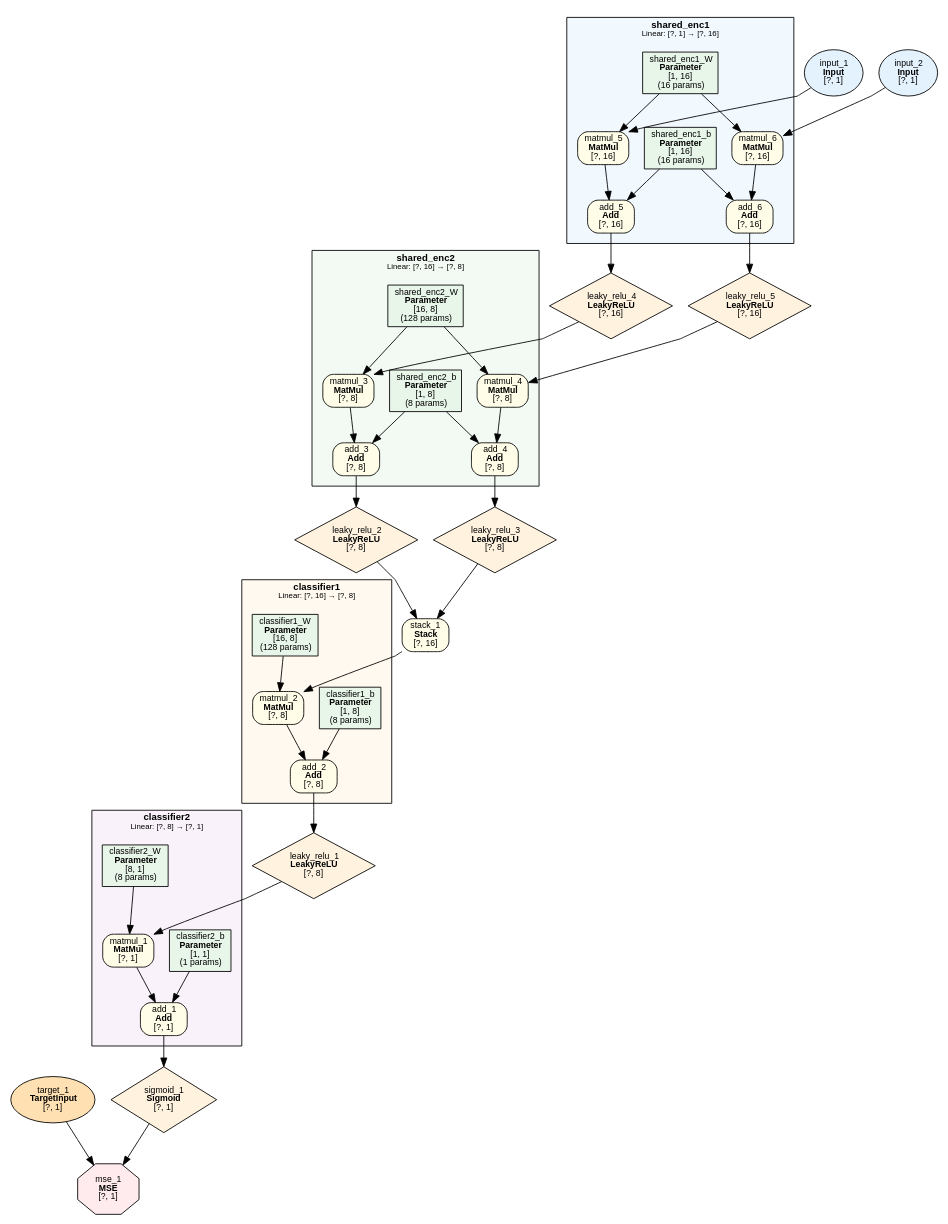
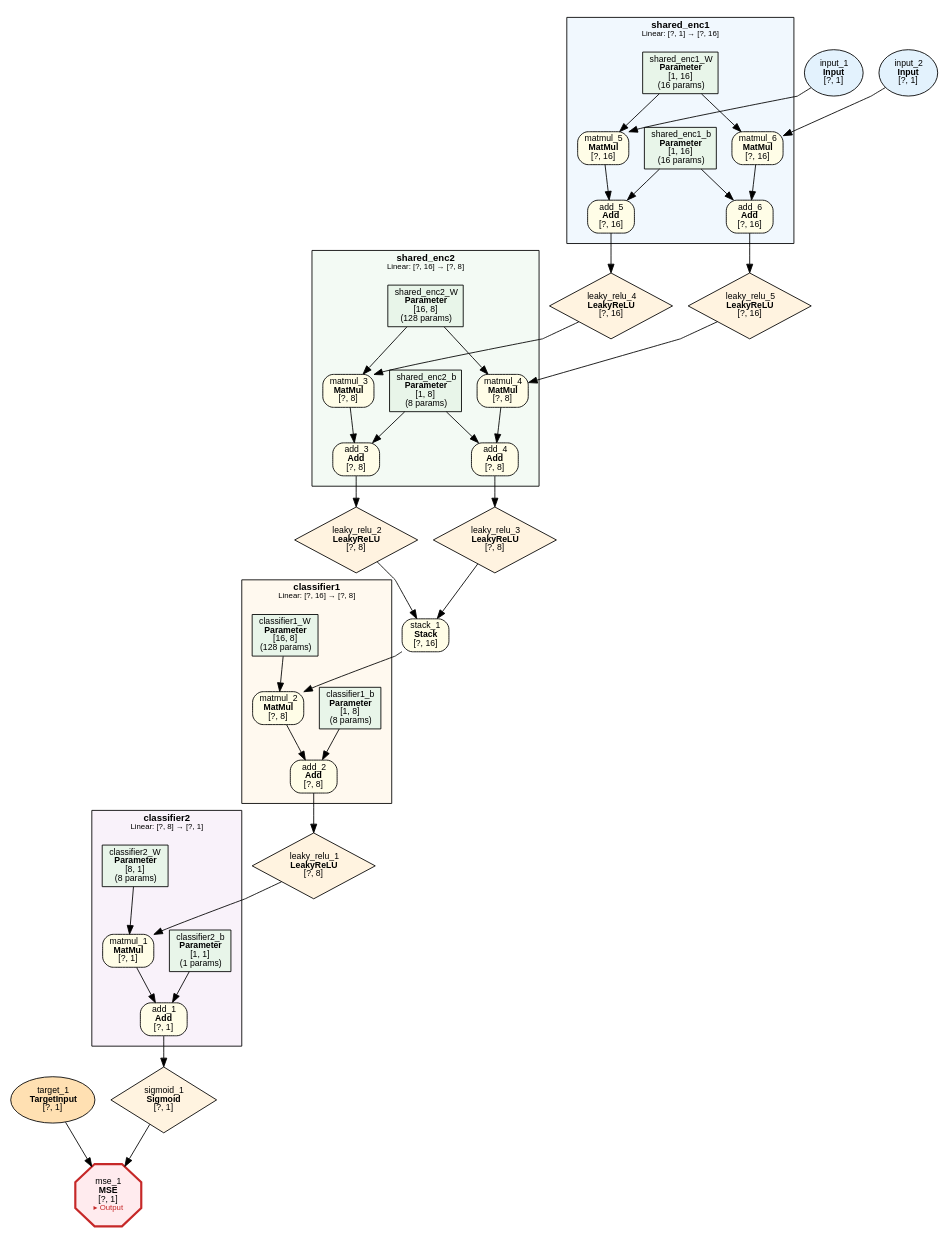
The diagram in examples/siamese_similarity/siamese_similarity.dot (dbsxdbsx/only_torch), drawn with Graphviz before and after one commit. The commit also changed 26 other files, not shown here.

```diff
--- a/examples/siamese_similarity/siamese_similarity.dot
+++ b/examples/siamese_similarity/siamese_similarity.dot
@@ -1,110 +1,110 @@
 digraph ComputeGraph {
     rankdir=TB;
     newrank=true;
     splines=polyline;
     node [fontname="Microsoft YaHei,SimHei,Arial"];
     edge [fontname="Microsoft YaHei,SimHei,Arial"];
 
     subgraph cluster_shared_enc1 {
         label=<<B>shared_enc1</B><BR/><FONT POINT-SIZE="9">Linear: [?, 1] → [?, 16]</FONT>>;
         style=filled;
         fillcolor="#E3F2FD80";
         fontname="Microsoft YaHei,SimHei,Arial";
         fontsize=11;
         margin=12;
             "24" [label=<add_5<BR/><B>Add</B><BR/>[?, 16]> shape=box style="filled,rounded" fillcolor="#FFFDE7" fontsize=10];
             "25" [label=<add_6<BR/><B>Add</B><BR/>[?, 16]> shape=box style="filled,rounded" fillcolor="#FFFDE7" fontsize=10];
             "26" [label=<matmul_5<BR/><B>MatMul</B><BR/>[?, 16]> shape=box style="filled,rounded" fillcolor="#FFFDE7" fontsize=10];
             "27" [label=<shared_enc1_b<BR/><B>Parameter</B><BR/>[1, 16]<BR/>(16 params)> shape=box style=filled fillcolor="#E8F5E9" fontsize=10];
             "28" [label=<matmul_6<BR/><B>MatMul</B><BR/>[?, 16]> shape=box style="filled,rounded" fillcolor="#FFFDE7" fontsize=10];
             "30" [label=<shared_enc1_W<BR/><B>Parameter</B><BR/>[1, 16]<BR/>(16 params)> shape=box style=filled fillcolor="#E8F5E9" fontsize=10];
     }
 
     subgraph cluster_shared_enc2 {
         label=<<B>shared_enc2</B><BR/><FONT POINT-SIZE="9">Linear: [?, 16] → [?, 8]</FONT>>;
         style=filled;
         fillcolor="#E8F5E980";
         fontname="Microsoft YaHei,SimHei,Arial";
         fontsize=11;
         margin=12;
             "16" [label=<add_3<BR/><B>Add</B><BR/>[?, 8]> shape=box style="filled,rounded" fillcolor="#FFFDE7" fontsize=10];
             "17" [label=<add_4<BR/><B>Add</B><BR/>[?, 8]> shape=box style="filled,rounded" fillcolor="#FFFDE7" fontsize=10];
             "18" [label=<matmul_3<BR/><B>MatMul</B><BR/>[?, 8]> shape=box style="filled,rounded" fillcolor="#FFFDE7" fontsize=10];
             "19" [label=<shared_enc2_b<BR/><B>Parameter</B><BR/>[1, 8]<BR/>(8 params)> shape=box style=filled fillcolor="#E8F5E9" fontsize=10];
             "20" [label=<matmul_4<BR/><B>MatMul</B><BR/>[?, 8]> shape=box style="filled,rounded" fillcolor="#FFFDE7" fontsize=10];
             "22" [label=<shared_enc2_W<BR/><B>Parameter</B><BR/>[16, 8]<BR/>(128 params)> shape=box style=filled fillcolor="#E8F5E9" fontsize=10];
     }
 
     subgraph cluster_classifier1 {
         label=<<B>classifier1</B><BR/><FONT POINT-SIZE="9">Linear: [?, 16] → [?, 8]</FONT>>;
         style=filled;
         fillcolor="#FFF3E080";
         fontname="Microsoft YaHei,SimHei,Arial";
         fontsize=11;
         margin=12;
             "9" [label=<add_2<BR/><B>Add</B><BR/>[?, 8]> shape=box style="filled,rounded" fillcolor="#FFFDE7" fontsize=10];
             "10" [label=<matmul_2<BR/><B>MatMul</B><BR/>[?, 8]> shape=box style="filled,rounded" fillcolor="#FFFDE7" fontsize=10];
             "11" [label=<classifier1_b<BR/><B>Parameter</B><BR/>[1, 8]<BR/>(8 params)> shape=box style=filled fillcolor="#E8F5E9" fontsize=10];
             "13" [label=<classifier1_W<BR/><B>Parameter</B><BR/>[16, 8]<BR/>(128 params)> shape=box style=filled fillcolor="#E8F5E9" fontsize=10];
     }
 
     subgraph cluster_classifier2 {
         label=<<B>classifier2</B><BR/><FONT POINT-SIZE="9">Linear: [?, 8] → [?, 1]</FONT>>;
         style=filled;
         fillcolor="#F3E5F580";
         fontname="Microsoft YaHei,SimHei,Arial";
         fontsize=11;
         margin=12;
             "4" [label=<add_1<BR/><B>Add</B><BR/>[?, 1]> shape=box style="filled,rounded" fillcolor="#FFFDE7" fontsize=10];
             "5" [label=<matmul_1<BR/><B>MatMul</B><BR/>[?, 1]> shape=box style="filled,rounded" fillcolor="#FFFDE7" fontsize=10];
             "6" [label=<classifier2_b<BR/><B>Parameter</B><BR/>[1, 1]<BR/>(1 params)> shape=box style=filled fillcolor="#E8F5E9" fontsize=10];
             "8" [label=<classifier2_W<BR/><B>Parameter</B><BR/>[8, 1]<BR/>(8 params)> shape=box style=filled fillcolor="#E8F5E9" fontsize=10];
     }
 
-    "1" [label=<mse_1<BR/><B>MSE</B><BR/>[?, 1]> shape=octagon style=filled fillcolor="#FFEBEE" fontsize=10];
+    "1" [label=<mse_1<BR/><B>MSE</B><BR/>[?, 1]<BR/><FONT COLOR="#C62828" POINT-SIZE="9">▸ Output</FONT>> shape=octagon style=filled fillcolor="#FFEBEE" fontsize=10 penwidth=2.5 color="#C62828"];
     "2" [label=<sigmoid_1<BR/><B>Sigmoid</B><BR/>[?, 1]> shape=diamond style=filled fillcolor="#FFF3E0" fontsize=10];
     "3" [label=<target_1<BR/><B>TargetInput</B><BR/>[?, 1]> shape=ellipse style=filled fillcolor="#FFE0B2" fontsize=10];
     "7" [label=<leaky_relu_1<BR/><B>LeakyReLU</B><BR/>[?, 8]> shape=diamond style=filled fillcolor="#FFF3E0" fontsize=10];
     "12" [label=<stack_1<BR/><B>Stack</B><BR/>[?, 16]> shape=box style="filled,rounded" fillcolor="#FFFDE7" fontsize=10];
     "14" [label=<leaky_relu_2<BR/><B>LeakyReLU</B><BR/>[?, 8]> shape=diamond style=filled fillcolor="#FFF3E0" fontsize=10];
     "15" [label=<leaky_relu_3<BR/><B>LeakyReLU</B><BR/>[?, 8]> shape=diamond style=filled fillcolor="#FFF3E0" fontsize=10];
     "21" [label=<leaky_relu_4<BR/><B>LeakyReLU</B><BR/>[?, 16]> shape=diamond style=filled fillcolor="#FFF3E0" fontsize=10];
     "23" [label=<leaky_relu_5<BR/><B>LeakyReLU</B><BR/>[?, 16]> shape=diamond style=filled fillcolor="#FFF3E0" fontsize=10];
     "29" [label=<input_1<BR/><B>Input</B><BR/>[?, 1]> shape=ellipse style=filled fillcolor="#E3F2FD" fontsize=10];
     "31" [label=<input_2<BR/><B>Input</B><BR/>[?, 1]> shape=ellipse style=filled fillcolor="#E3F2FD" fontsize=10];
 
     "2" -> "1";
     "3" -> "1";
     "4" -> "2";
     "5" -> "4";
     "6" -> "4";
     "7" -> "5";
     "8" -> "5";
     "9" -> "7";
     "10" -> "9";
     "11" -> "9";
     "12" -> "10";
     "13" -> "10";
     "14" -> "12";
     "15" -> "12";
     "16" -> "14";
     "17" -> "15";
     "18" -> "16";
     "19" -> "16";
     "20" -> "17";
     "19" -> "17";
     "21" -> "18";
     "22" -> "18";
     "23" -> "20";
     "22" -> "20";
     "24" -> "21";
     "25" -> "23";
     "26" -> "24";
     "27" -> "24";
     "28" -> "25";
     "27" -> "25";
     "29" -> "26";
     "30" -> "26";
     "31" -> "28";
     "30" -> "28";
 }
```
